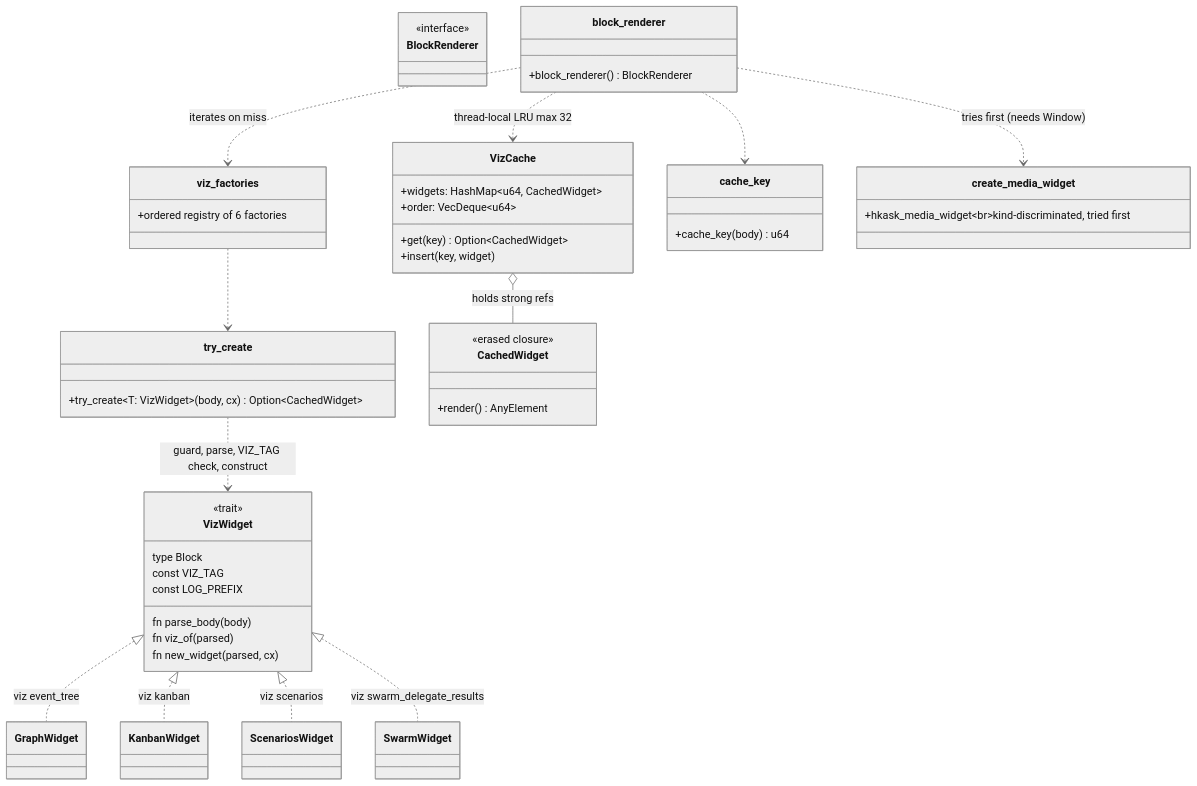
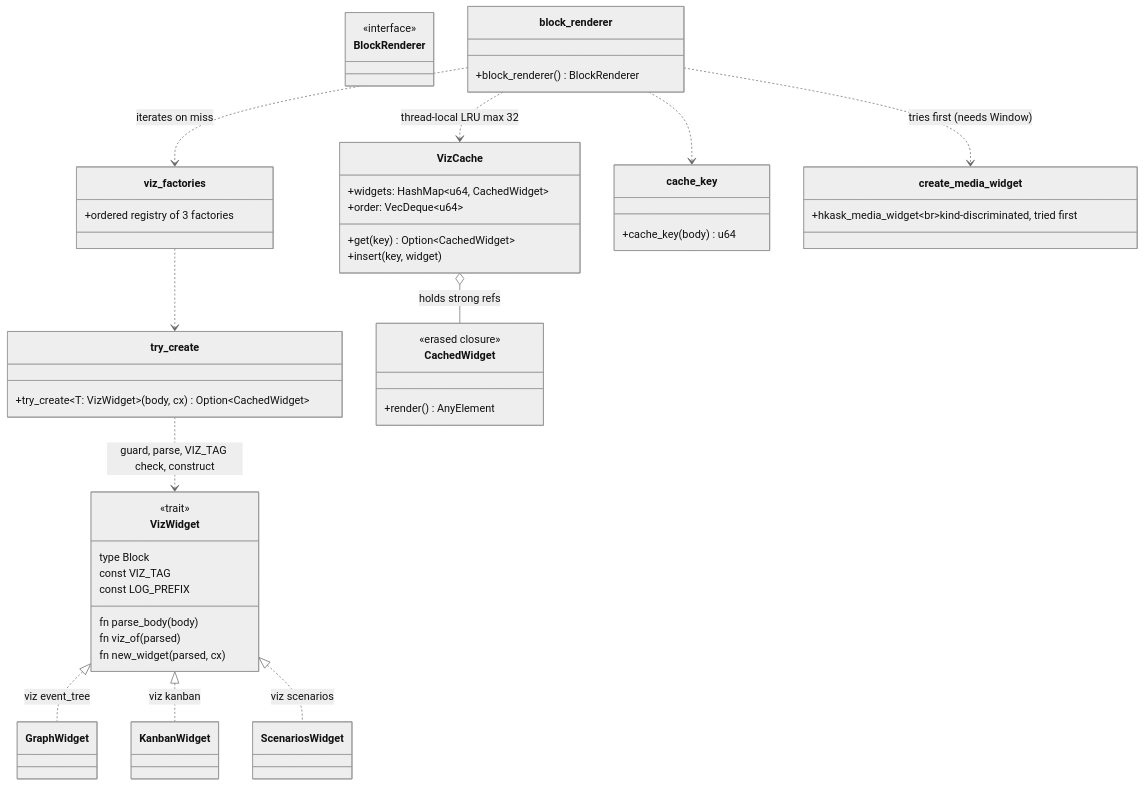
The seventh of 8 diagrams in kask/docs/diagrams/architecture.md (mdz-axo/zed-kask), drawn with Mermaid (neutral theme) before and after one commit. The commit also changed other lines of this file and 25 other files, not shown here.

````diff
--- a/kask/docs/diagrams/architecture.md
+++ b/kask/docs/diagrams/architecture.md
@@ -522,52 +522,51 @@
 ```mermaid
 classDiagram
     class BlockRenderer {
         <<interface>>
     }
     class block_renderer {
         +block_renderer() BlockRenderer
     }
     class VizWidget {
         <<trait>>
         type Block
         const VIZ_TAG
         const LOG_PREFIX
         fn parse_body(body)
         fn viz_of(parsed)
         fn new_widget(parsed, cx)
     }
     class try_create {
         +try_create~T: VizWidget~(body, cx) Option~CachedWidget~
     }
     class viz_factories {
-        +ordered registry of 6 factories
+        +ordered registry of 3 factories
     }
     class CachedWidget {
         <<erased closure>>
         +render() AnyElement
     }
     class VizCache {
         +widgets: HashMap~u64, CachedWidget~
         +order: VecDeque~u64~
         +get(key) Option~CachedWidget~
         +insert(key, widget)
     }
     class cache_key {
         +cache_key(body) u64
     }
     class create_media_widget {
         +hkask_media_widget<br/>kind-discriminated, tried first
     }
 
     block_renderer ..> create_media_widget : tries first (needs Window)
     block_renderer ..> viz_factories : iterates on miss
     viz_factories ..> try_create
     try_create ..> VizWidget : guard, parse, VIZ_TAG check, construct
     block_renderer ..> VizCache : thread-local LRU max 32
     block_renderer ..> cache_key
     VizCache o-- CachedWidget : holds strong refs
     VizWidget <|.. GraphWidget : viz event_tree
     VizWidget <|.. KanbanWidget : viz kanban
     VizWidget <|.. ScenariosWidget : viz scenarios
-    VizWidget <|.. SwarmWidget : viz swarm_delegate_results
 ```
````
